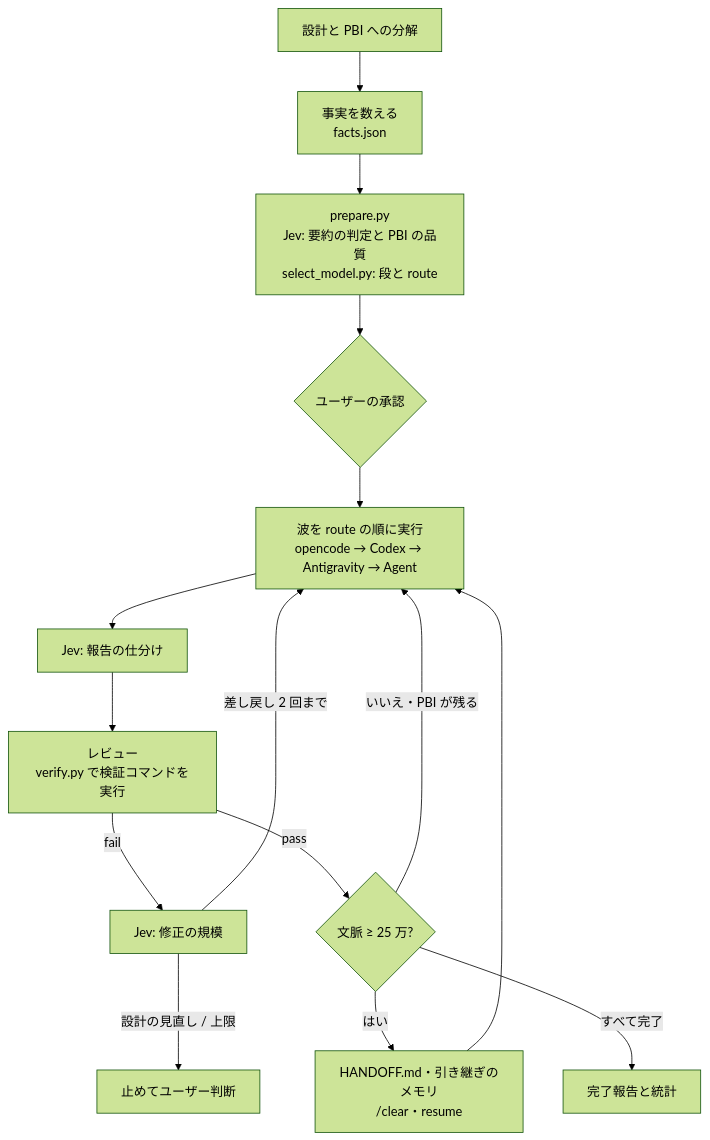
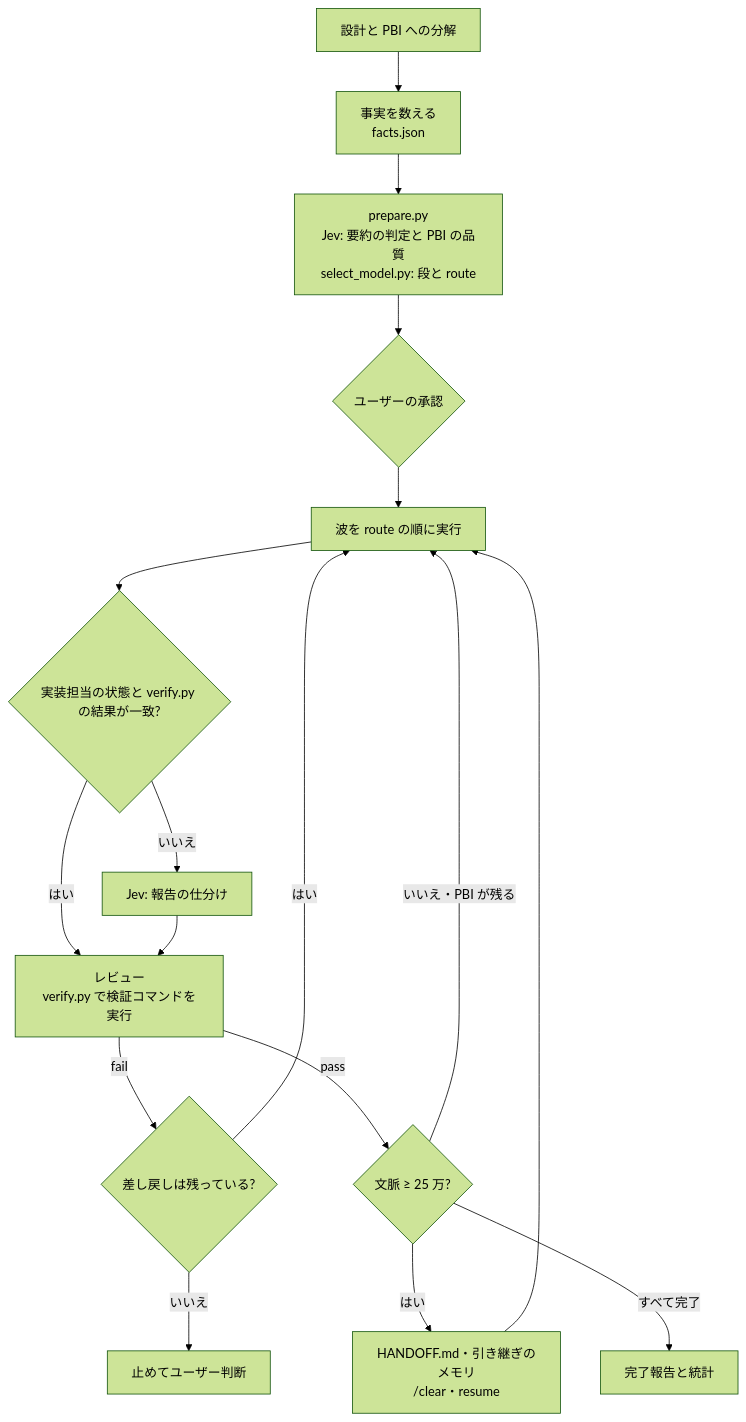
One commit to reeschan/atelier changed the diagram in README.ja.md. Above: the diagram before and after it, drawn with Mermaid (forest theme). The commit also changed other lines of this file and 1 other file, not shown here.

````diff
--- a/README.ja.md
+++ b/README.ja.md
@@ -37,17 +38,19 @@
 ```mermaid
 flowchart TD
   A[設計と PBI への分解] --> B[事実を数える<br/>facts.json]
   B --> C[prepare.py<br/>Jev: 要約の判定と PBI の品質<br/>select_model.py: 段と route]
   C --> F{ユーザーの承認}
-  F --> G[波を route の順に実行<br/>opencode → Codex → Antigravity → Agent]
-  G --> H[Jev: 報告の仕分け]
-  H --> I[レビュー<br/>verify.py で検証コマンドを実行]
-  I -->|fail| K[Jev: 修正の規模]
-  K -->|差し戻し 2 回まで| G
-  K -->|設計の見直し / 上限| L[止めてユーザー判断]
+  F --> G[波を route の順に実行]
+  G --> H{実装担当の状態と verify.py の結果が一致?}
+  H -->|いいえ| H2[Jev: 報告の仕分け]
+  H -->|はい| I
+  H2 --> I[レビュー<br/>verify.py で検証コマンドを実行]
+  I -->|fail| K{差し戻しは残っている?}
+  K -->|はい| G
+  K -->|いいえ| L[止めてユーザー判断]
   I -->|pass| M{文脈 ≥ 25 万?}
   M -->|いいえ・PBI が残る| G
   M -->|はい| N[HANDOFF.md・引き継ぎのメモリ<br/>/clear・resume]
   N --> G
   M -->|すべて完了| J[完了報告と統計]
 ```
````
